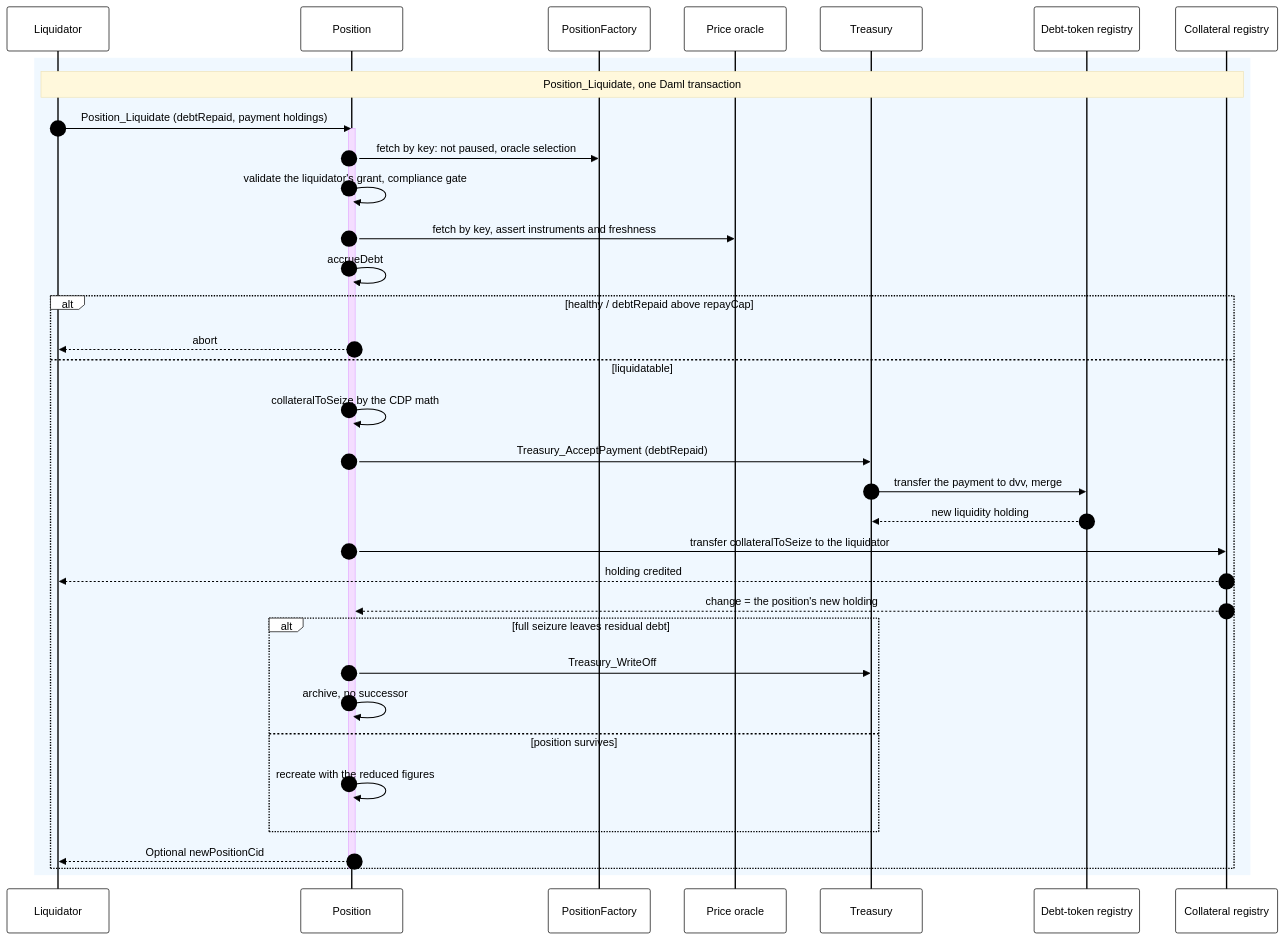
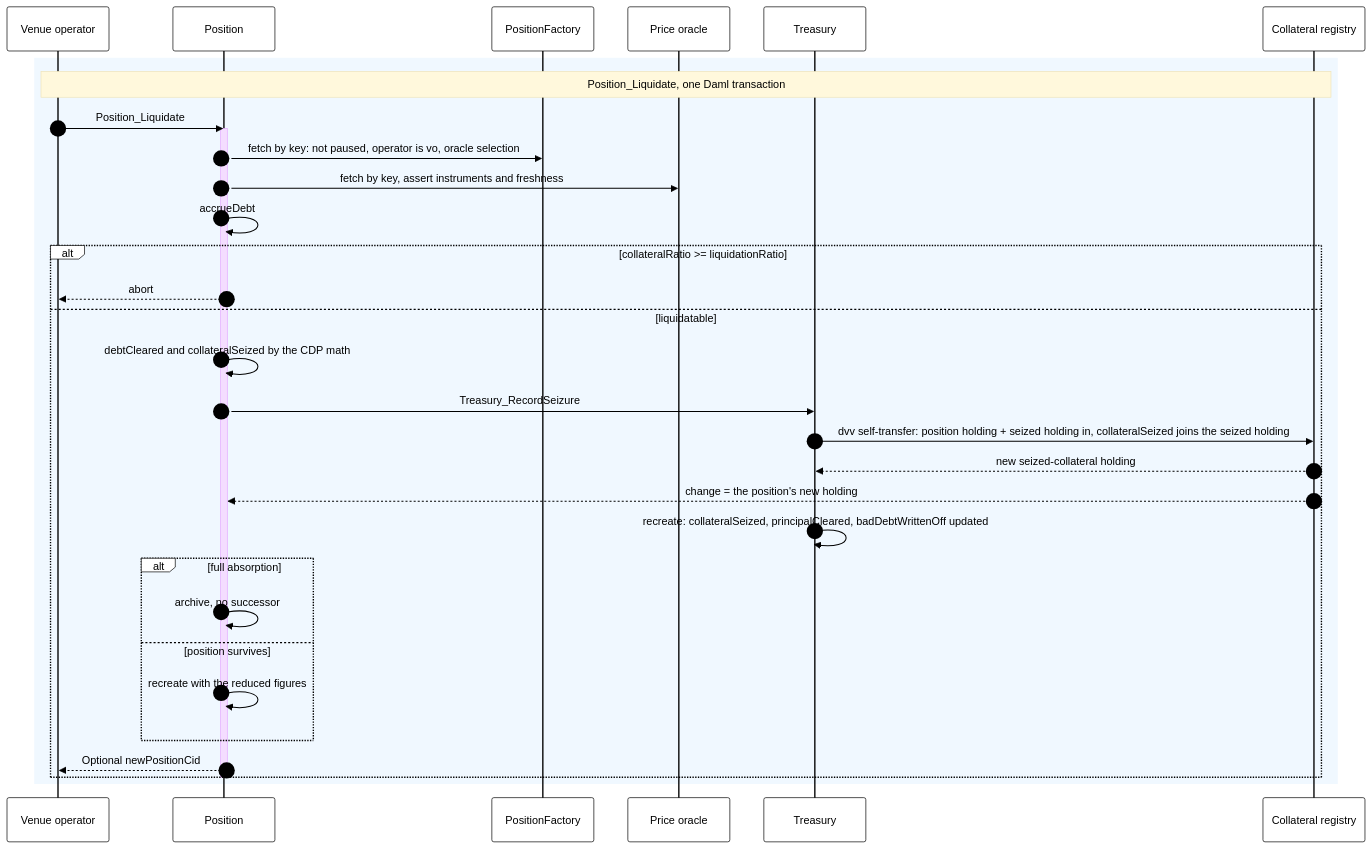
The seventh of 7 diagrams in docs/reference-architectures/lending.md (OpenZeppelin/canton-specs), drawn with Mermaid before and after one commit. The commit also changed other lines of this file, not shown here.

Commit message:
Remove liquidators and leave this responsibility with the operator.

````diff
--- a/docs/reference-architectures/lending.md
+++ b/docs/reference-architectures/lending.md
@@ -357,41 +350,37 @@
 ```mermaid
 %%{init: {'theme': 'base', 'themeVariables': {'actorBkg': '#ffffff', 'actorBorder': '#000000', 'actorTextColor': '#000000', 'signalColor': '#000000', 'signalTextColor': '#000000', 'noteBkgColor': '#fff8dc', 'noteTextColor': '#000000', 'labelBoxBkgColor': '#ffffff', 'labelBoxBorderColor': '#000000', 'labelTextColor': '#000000', 'loopTextColor': '#000000', 'sequenceNumberColor': '#000000', 'altBorderColor': '#000000', 'textColor': '#000000'}}}%%
 sequenceDiagram
     autonumber
-    participant L as Liquidator
+    participant V as Venue operator
     participant P as Position
     participant F as PositionFactory
     participant O as Price oracle
     participant T as Treasury
-    participant RD as Debt-token registry
     participant RC as Collateral registry
 
     rect rgb(240, 248, 255)
-    Note over L, RC: Position_Liquidate, one Daml transaction
-    L->>P: Position_Liquidate (debtRepaid, payment holdings)
+    Note over V, RC: Position_Liquidate, one Daml transaction
+    V->>P: Position_Liquidate
     activate P
-    P->>F: fetch by key: not paused, oracle selection
-    P->>P: validate the liquidator's grant, compliance gate
+    P->>F: fetch by key: not paused, operator is vo, oracle selection
     P->>O: fetch by key, assert instruments and freshness
     P->>P: accrueDebt
-    alt healthy / debtRepaid above repayCap
-        P-->>L: abort
+    alt collateralRatio >= liquidationRatio
+        P-->>V: abort
     else liquidatable
-        P->>P: collateralToSeize by the CDP math
-        P->>T: Treasury_AcceptPayment (debtRepaid)
-        T->>RD: transfer the payment to dvv, merge
-        RD-->>T: new liquidity holding
-        P->>RC: transfer collateralToSeize to the liquidator
-        RC-->>L: holding credited
+        P->>P: debtCleared and collateralSeized by the CDP math
+        P->>T: Treasury_RecordSeizure
+        T->>RC: dvv self-transfer: position holding + seized holding in, collateralSeized joins the seized holding
+        RC-->>T: new seized-collateral holding
         RC-->>P: change = the position's new holding
-        alt full seizure leaves residual debt
-            P->>T: Treasury_WriteOff
+        T->>T: recreate: collateralSeized, principalCleared, badDebtWrittenOff updated
+        alt full absorption
             P->>P: archive, no successor
         else position survives
             P->>P: recreate with the reduced figures
         end
-        P-->>L: Optional newPositionCid
+        P-->>V: Optional newPositionCid
     end
     deactivate P
     end
 ```
````
